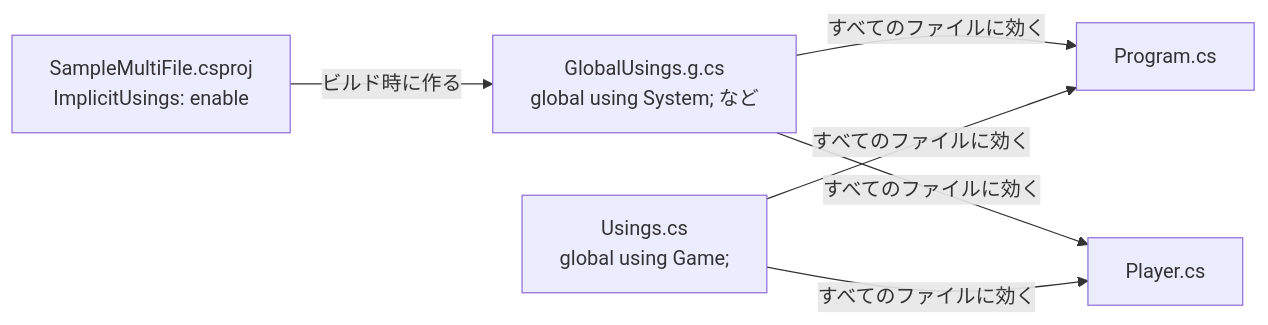
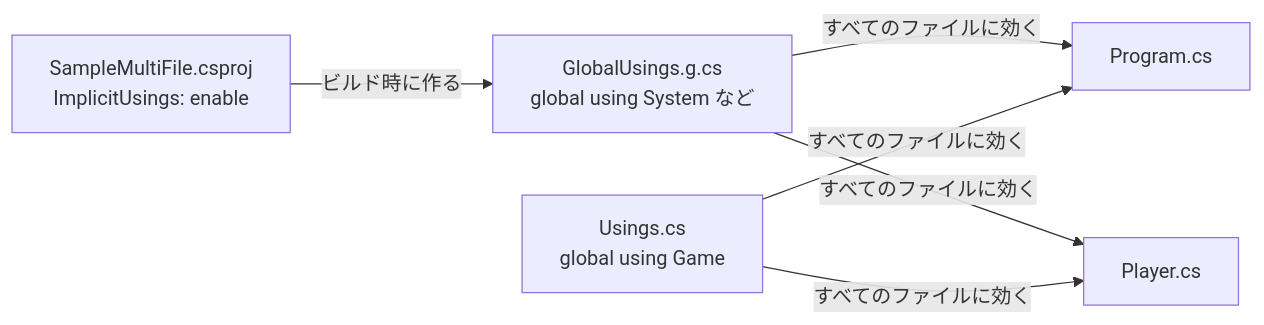
The diagram in docs/csharp/multiple-files/index.md (LeonAkasaka/unity-csharp-learning), drawn with Mermaid before and after one commit.

Commit message:
docs: ファイルの分割と global using の図で、Mermaid の区切りと解釈されうる ; をラベルから外す。

````diff
--- a/docs/csharp/multiple-files/index.md
+++ b/docs/csharp/multiple-files/index.md
@@ -165,8 +165,8 @@
 ```mermaid
 flowchart LR
-    C["SampleMultiFile.csproj<br/>ImplicitUsings: enable"] -- ビルド時に作る --> G["GlobalUsings.g.cs<br/>global using System; など"]
+    C["SampleMultiFile.csproj<br/>ImplicitUsings: enable"] -- ビルド時に作る --> G["GlobalUsings.g.cs<br/>global using System など"]
     G -- すべてのファイルに効く --> P["Program.cs"]
     G -- すべてのファイルに効く --> PL["Player.cs"]
-    U["Usings.cs<br/>global using Game;"] -- すべてのファイルに効く --> P
+    U["Usings.cs<br/>global using Game"] -- すべてのファイルに効く --> P
     U -- すべてのファイルに効く --> PL
 ```
````
